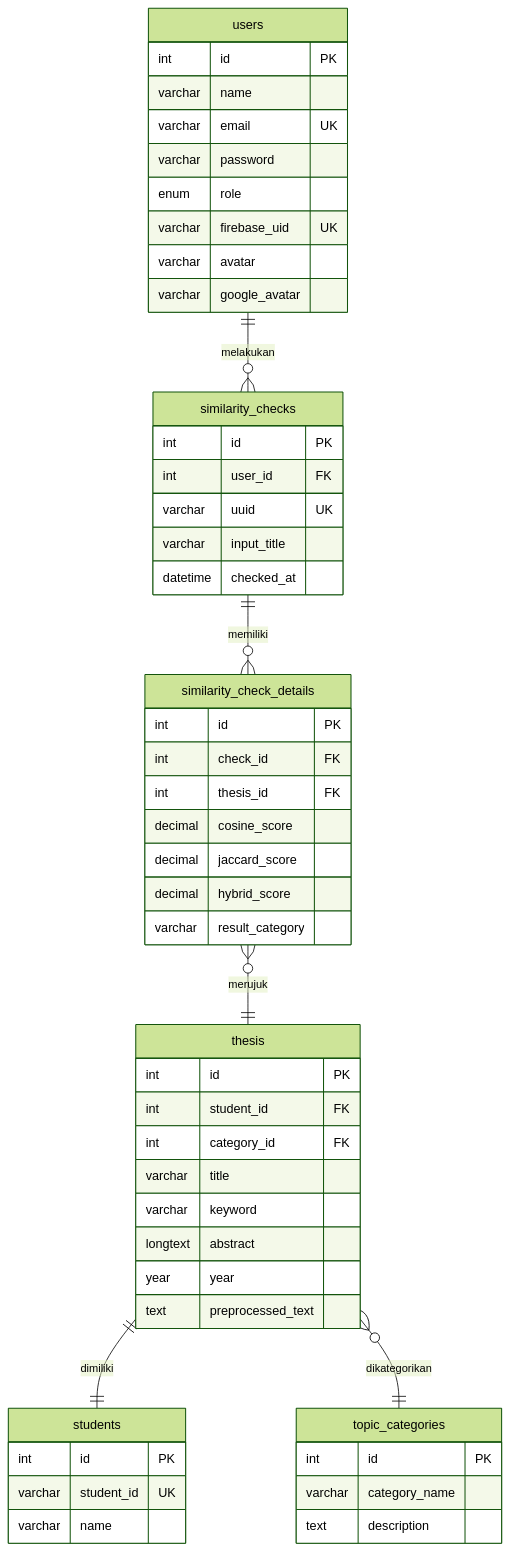
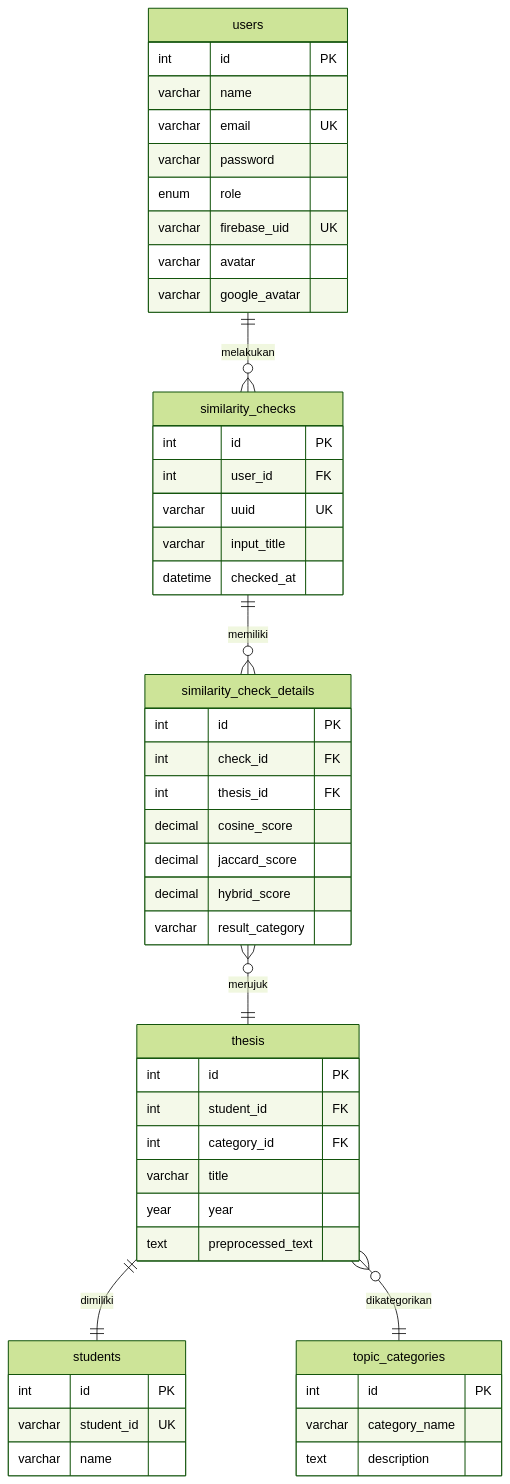
Before and after one commit to ghiyatsa/leksika: the second of 2 diagrams in README.md, drawn with Mermaid (forest theme). The commit also changed other lines of this file and 18 other files, not shown here.

Commit message:
Refactor: similarity compares title only; drop keyword/abstract; fix session savePath, log bloat, prod asset fallback

````diff
--- a/README.md
+++ b/README.md
@@ -180,60 +180,58 @@
 ```mermaid
 erDiagram
     users ||--o{ similarity_checks : melakukan
     similarity_checks ||--o{ similarity_check_details : memiliki
     similarity_check_details }o--|| thesis : merujuk
     thesis ||--|| students : dimiliki
     thesis }o--|| topic_categories : dikategorikan
 
     users {
         int id PK
         varchar name
         varchar email UK
         varchar password
         enum role
         varchar firebase_uid UK
         varchar avatar
         varchar google_avatar
     }
 
     topic_categories {
         int id PK
         varchar category_name
         text description
     }
 
     students {
         int id PK
         varchar student_id UK
         varchar name
     }
 
     thesis {
         int id PK
         int student_id FK
         int category_id FK
         varchar title
-        varchar keyword
-        longtext abstract
         year year
         text preprocessed_text
     }
 
     similarity_checks {
         int id PK
         int user_id FK
         varchar uuid UK
         varchar input_title
         datetime checked_at
     }
 
     similarity_check_details {
         int id PK
         int check_id FK
         int thesis_id FK
         decimal cosine_score
         decimal jaccard_score
         decimal hybrid_score
         varchar result_category
     }
 ```
````
